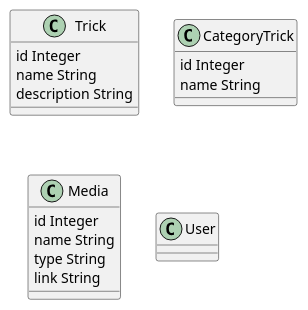
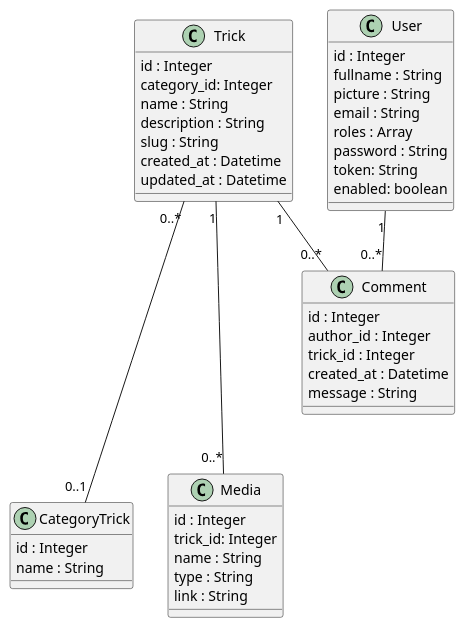
One commit to MickaelMoley/ocr-p6-snowboard changed the diagram in domains/Class/Snowtricks.puml. Above: the diagram before and after it, drawn with PlantUML. The commit also changed 4 other files, not shown here.

Commit message:
Update domains UML

```diff
--- a/domains/Class/Snowtricks.puml
+++ b/domains/Class/Snowtricks.puml
@@ -1,26 +1,54 @@
-@startuml
+@startuml Entity
 'https://plantuml.com/class-diagram
 
 class Trick {
-    id Integer
-    name String
-    description String
+    id : Integer
+    category_id: Integer
+    name : String
+    description : String
+    slug : String
+    created_at : Datetime
+    updated_at : Datetime
+
 }
 
 class CategoryTrick {
-    id Integer
-    name String
+    id : Integer
+    name : String
 }
 
 class Media {
-    id Integer
-    name String
-    type String
-    link String
+    id : Integer
+    trick_id: Integer
+    name : String
+    type : String
+    link : String
+    
 }
 
 class User {
-
+    id : Integer
+    fullname : String
+    picture : String
+    email : String
+    roles : Array
+    password : String
+    token: String
+    enabled: boolean
 }
 
+class Comment {
+
+    id : Integer
+    author_id : Integer
+    trick_id : Integer
+    created_at : Datetime
+    message : String
+}
+
+Trick "0..*" --- "0..1" CategoryTrick
+Trick "1" -- "0..*" Comment
+Trick "1" --- "0..*" Media
+User "1" -- "0..*" Comment
+
 @enduml
```
